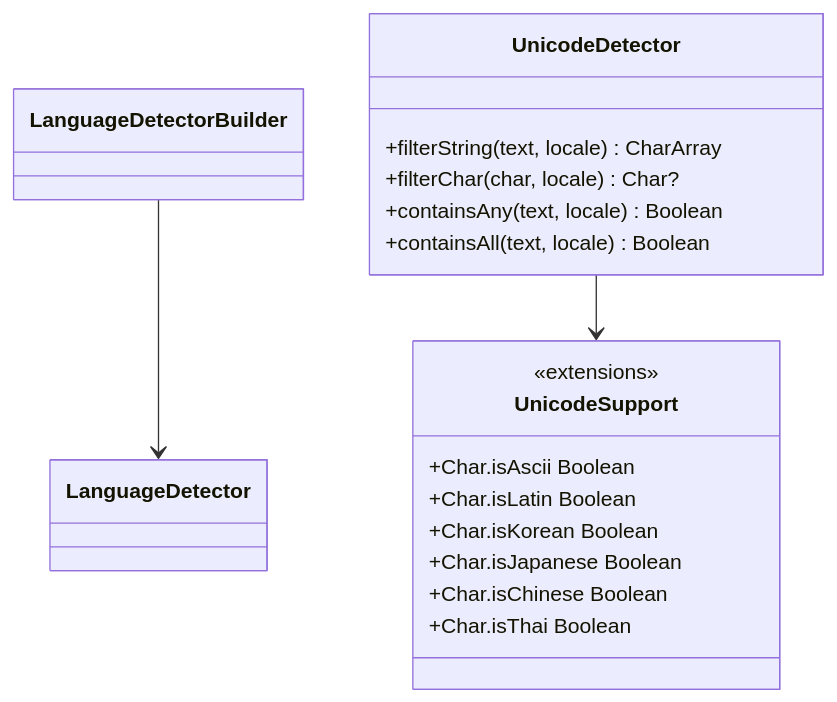
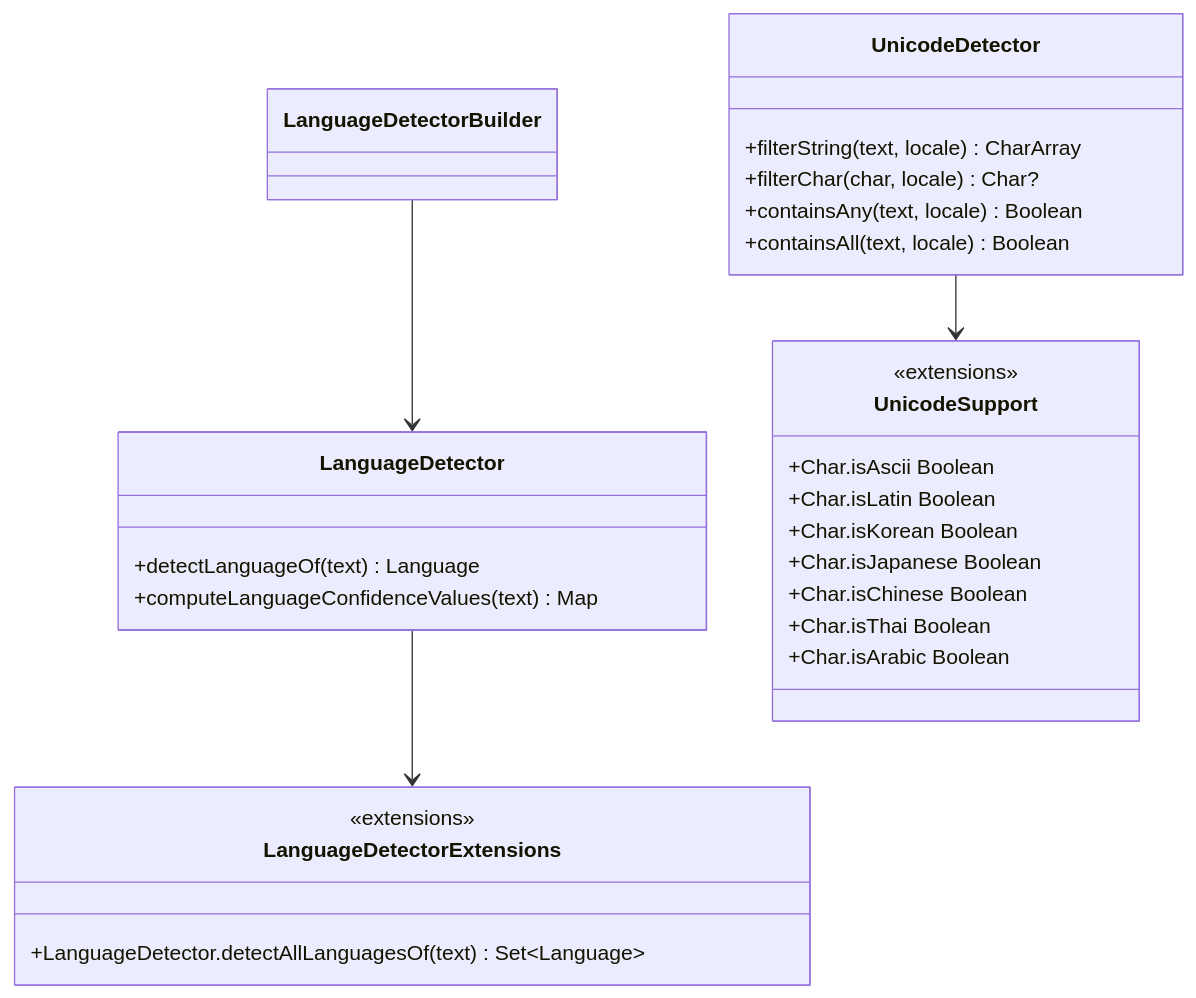
One commit to bluetape4k/bluetape4k-projects changed the second of 2 diagrams in texts/lingua/README.md. Above: the diagram before and after it, drawn with Mermaid. The commit also changed other lines of this file and 8 other files, not shown here.

Commit message:
docs: texts/** 5개 모듈 README.md + README.ko.md 작성 (Mermaid UML, 사용 예제 포함)

````diff
--- a/texts/lingua/README.md
+++ b/texts/lingua/README.md
@@ -28,24 +24,32 @@
 ```mermaid
 classDiagram
     class LanguageDetectorBuilder
-    class LanguageDetector
+    class LanguageDetector {
+        +detectLanguageOf(text) Language
+        +computeLanguageConfidenceValues(text) Map
+    }
     class UnicodeDetector {
         +filterString(text, locale) CharArray
         +filterChar(char, locale) Char?
         +containsAny(text, locale) Boolean
         +containsAll(text, locale) Boolean
     }
-
     class UnicodeSupport {
         <<extensions>>
         +Char.isAscii Boolean
         +Char.isLatin Boolean
         +Char.isKorean Boolean
         +Char.isJapanese Boolean
         +Char.isChinese Boolean
         +Char.isThai Boolean
+        +Char.isArabic Boolean
+    }
+    class LanguageDetectorExtensions {
+        <<extensions>>
+        +LanguageDetector.detectAllLanguagesOf(text) Set~Language~
     }
 
     LanguageDetectorBuilder --> LanguageDetector
+    LanguageDetector --> LanguageDetectorExtensions
     UnicodeDetector --> UnicodeSupport
 ```
````
